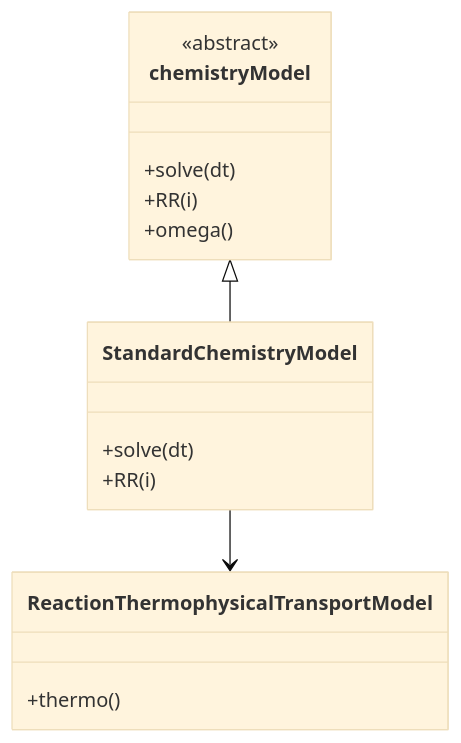
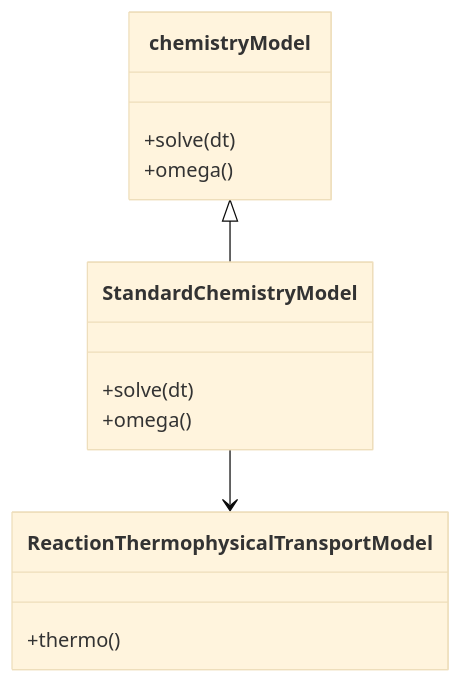
The first of 3 diagrams in MODULE_06_ADVANCED_PHYSICS/CONTENT/03_REACTING_FLOWS/02_Chemistry_Models.md (wramet/build-my-cfd), drawn with Mermaid (base theme) before and after one commit. The commit also changed other lines of this file and 313 other files, not shown here.

Commit message:
Revise all diagram

````diff
--- a/MODULE_06_ADVANCED_PHYSICS/CONTENT/03_REACTING_FLOWS/02_Chemistry_Models.md
+++ b/MODULE_06_ADVANCED_PHYSICS/CONTENT/03_REACTING_FLOWS/02_Chemistry_Models.md
@@ -80,19 +80,19 @@
 ```mermaid
 classDiagram
-    class chemistryModel {
-        <<abstract>>
-        +solve(dt)
-        +RR(i)
-        +omega()
-    }
-    class StandardChemistryModel {
-        +solve(dt)
-        +RR(i)
-    }
-    class ReactionThermophysicalTransportModel {
-        +thermo()
-    }
-
-    chemistryModel <|-- StandardChemistryModel
-    StandardChemistryModel --> ReactionThermophysicalTransportModel
+classDef context fill:#f5f5f5,stroke:#616161,stroke-width:2px
+classDef implicit fill:#e1f5fe,stroke:#01579b,stroke-width:2px
+classDef explicit fill:#ffccbc,stroke:#bf360c,stroke-width:2px
+class chemistryModel {
+    +solve(dt)
+    +omega()
+}
+class StandardChemistryModel {
+    +solve(dt)
+    +omega()
+}
+class ReactionThermophysicalTransportModel {
+    +thermo()
+}
+chemistryModel <|-- StandardChemistryModel
+StandardChemistryModel --> ReactionThermophysicalTransportModel
 ```
````
